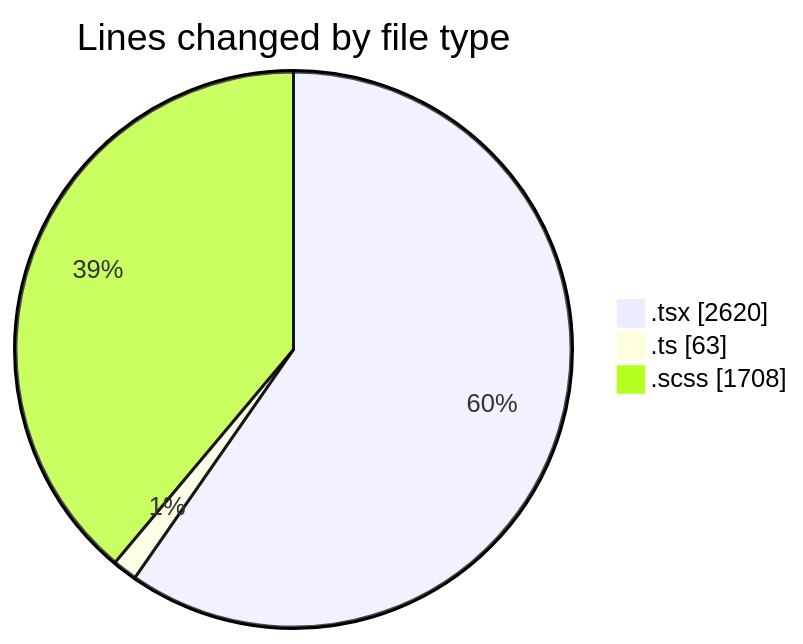
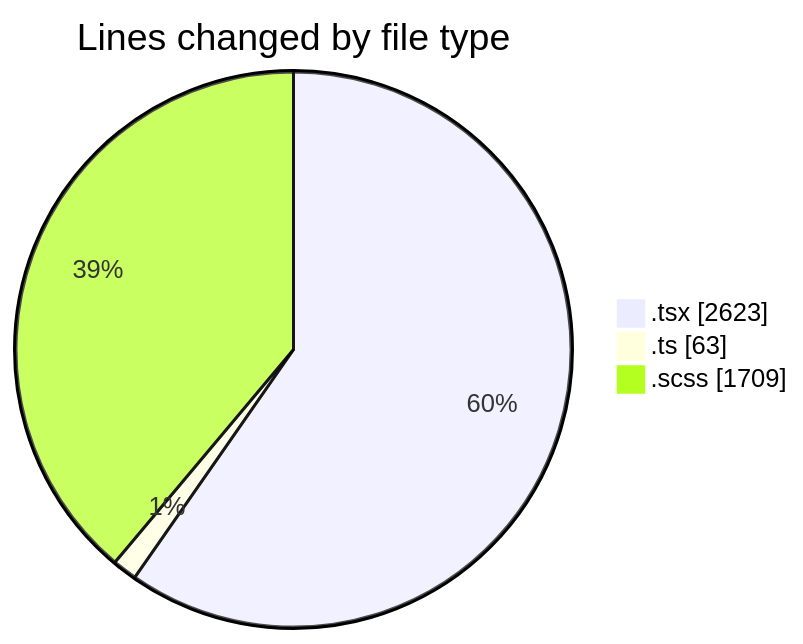
One commit to momahboobian/code-tracking changed the first of 2 diagrams in 2025-04-02/cda/README.md. Above: the diagram before and after it, drawn with Mermaid. The commit also changed other lines of this file and 1 other file, not shown here.

````diff
--- a/2025-04-02/cda/README.md
+++ b/2025-04-02/cda/README.md
@@ -30,7 +30,7 @@
 ```mermaid
 pie showData
 title Lines changed by file type
-".tsx" : 2620
+".tsx" : 2623
 ".ts" : 63
-".scss" : 1708
+".scss" : 1709
 ```
````
